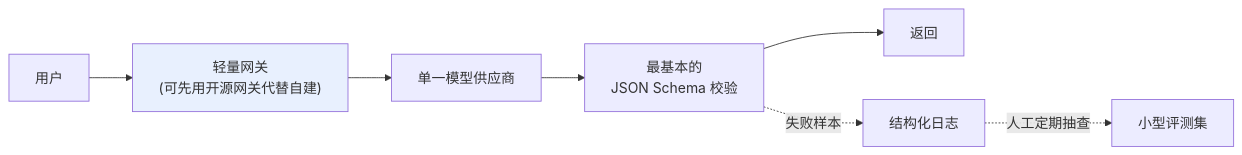
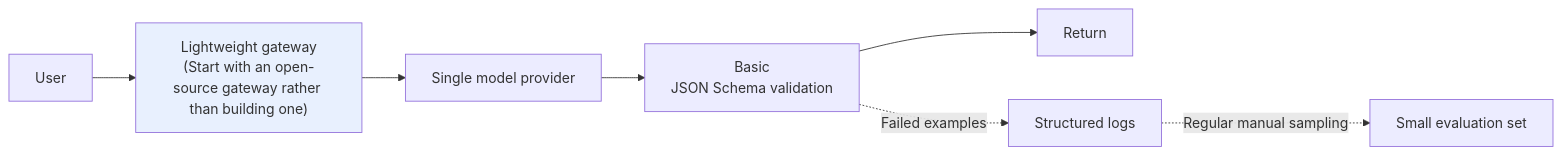
The second of 2 diagrams in docs/engineering/01-foundations/02-production-architecture-overview.md (oneleaveknowsthefall/awesome-ai-roadmap), drawn with Mermaid before and after one commit. The commit also changed other lines of this file and 82 other files, not shown here.

````diff
--- a/docs/engineering/01-foundations/02-production-architecture-overview.md
+++ b/docs/engineering/01-foundations/02-production-architecture-overview.md
@@ -78,11 +78,11 @@
 ```mermaid
 flowchart LR
-    U[用户] --> GW["轻量网关<br/>(可先用开源网关代替自建)"]
-    GW --> M[单一模型供应商]
-    M --> V["最基本的<br/>JSON Schema 校验"]
-    V --> R[返回]
-    V -.失败样本.-> LOG[结构化日志]
-    LOG -.人工定期抽查.-> EVAL[小型评测集]
+    U[User] --> GW["Lightweight gateway<br/>(Start with an open-source gateway rather than building one)"]
+    GW --> M[Single model provider]
+    M --> V["Basic<br/>JSON Schema validation"]
+    V --> R[Return]
+    V -.Failed examples.-> LOG[Structured logs]
+    LOG -.Regular manual sampling.-> EVAL[Small evaluation set]
 
     style GW fill:#e8f0fe
 ```
````
